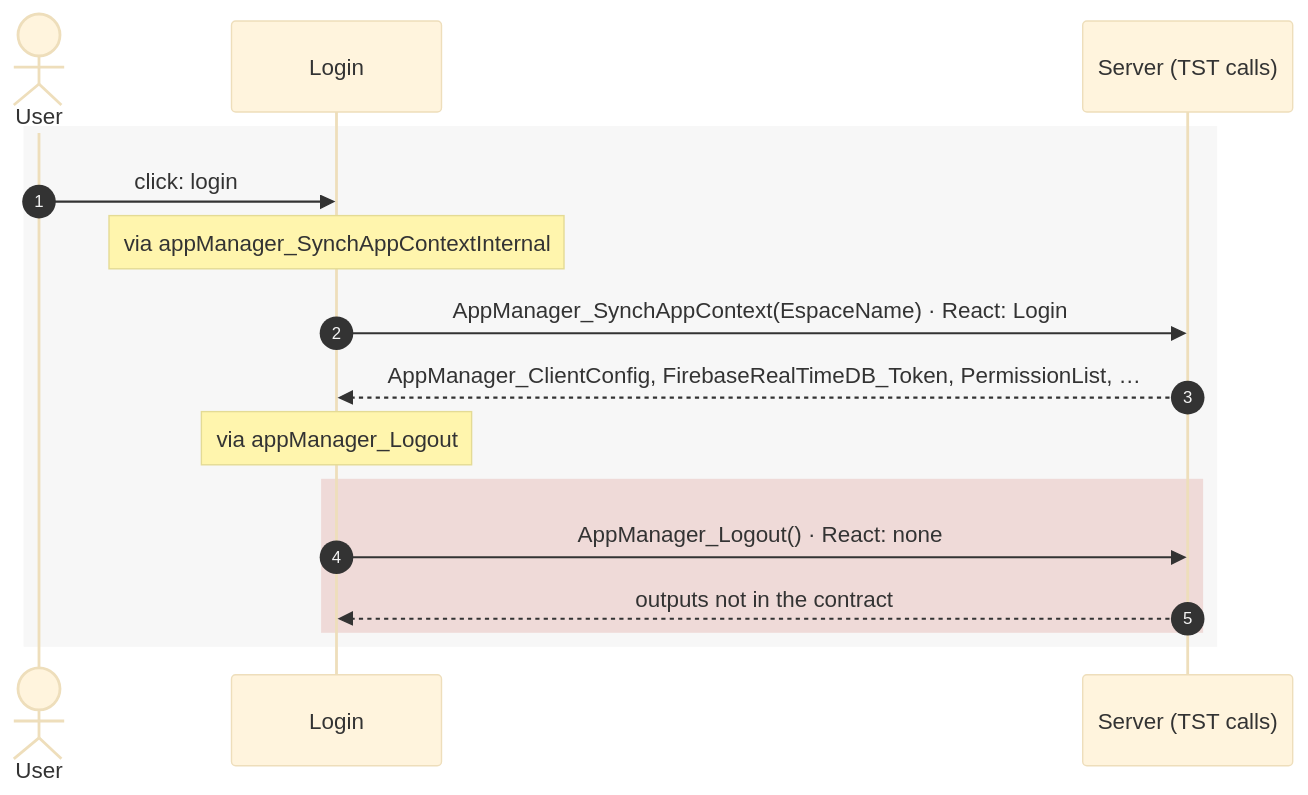
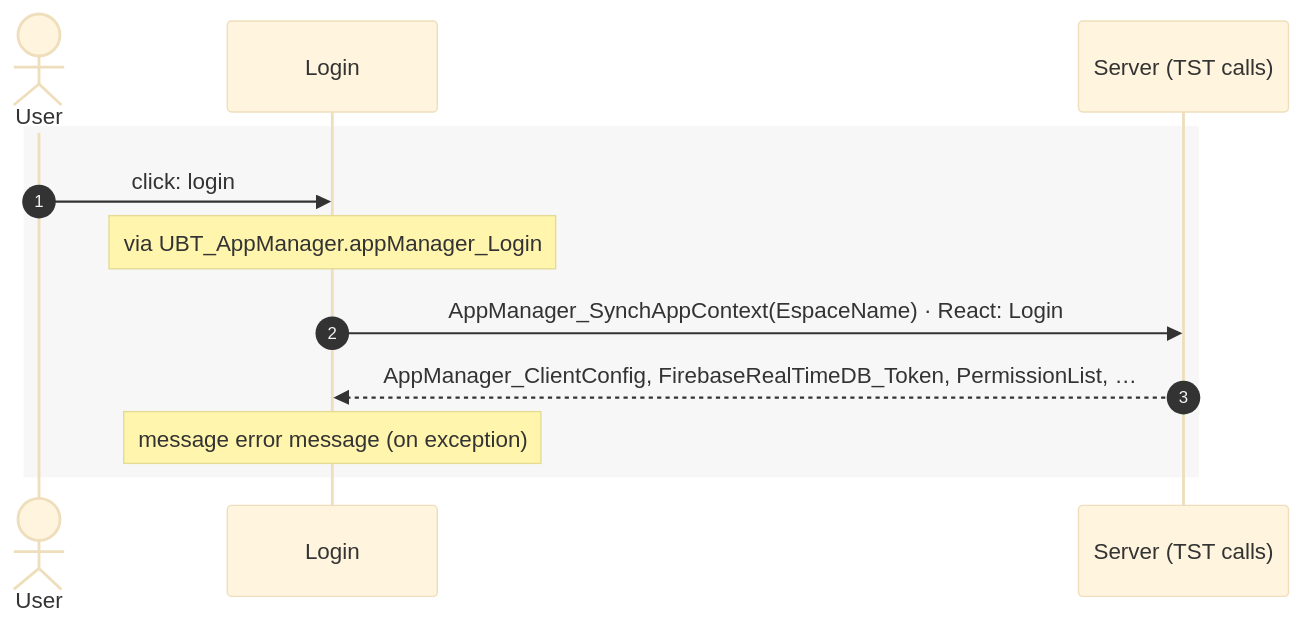
The second of 2 diagrams in migration/route-actions/Login.md (Phoenix-DX/connect-new-ui), drawn with Mermaid (base theme) before and after one commit. The commit also changed other lines of this file and 8 other files, not shown here.

Commit message:
route actions: data flow shows every user action with its effects (server calls, navigation, external links, messages, confirm dialogs) branch by branch from the TST code; four routes re-run

````diff
--- a/migration/route-actions/Login.md
+++ b/migration/route-actions/Login.md
@@ -122,18 +125,14 @@
 ```mermaid
 sequenceDiagram
   autonumber
   actor U as User
   participant p0 as Login
   participant S as Server (TST calls)
   rect rgba(120, 120, 120, 0.06)
   U->>p0: click: login
-  Note over p0: via appManager_SynchAppContextInternal
+  Note over p0: via UBT_AppManager.appManager_Login
   p0->>S: AppManager_SynchAppContext(EspaceName) · React: Login
   S-->>p0: AppManager_ClientConfig, FirebaseRealTimeDB_Token, PermissionList, …
-  Note over p0: via appManager_Logout
-  rect rgba(192, 57, 43, 0.15)
-  p0->>S: AppManager_Logout() · React: none
-  S-->>p0: outputs not in the contract
-  end
+  Note over p0: message error message (on exception)
   end
 ```
````
